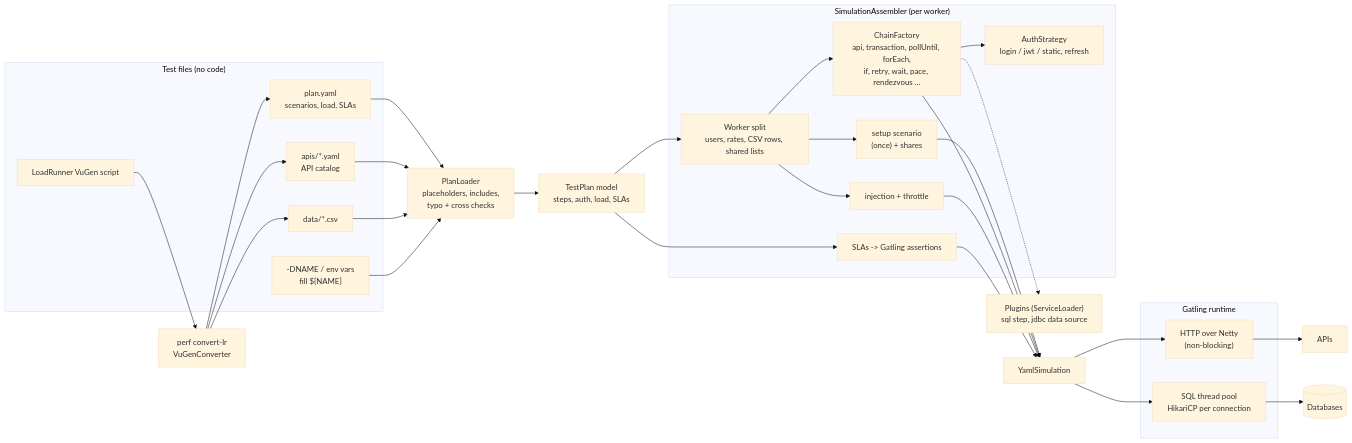
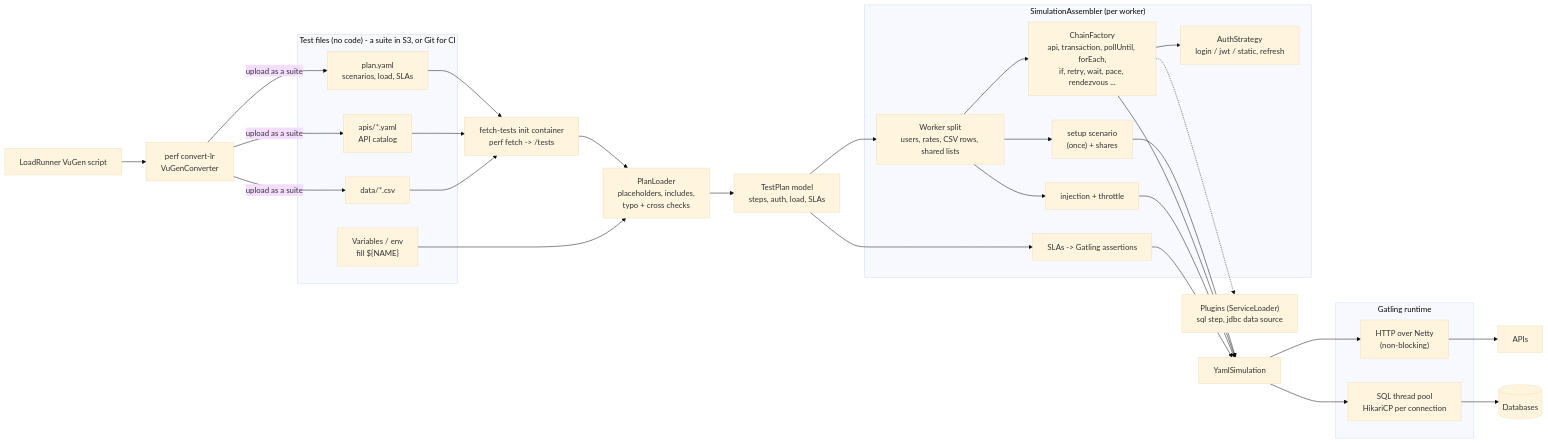
The diagram in docs/architecture/05-engine.mmd (codelabuk/labuk-gatling), drawn with Mermaid (base theme) before and after one commit. The commit also changed 15 other files, not shown here.

```diff
--- a/docs/architecture/05-engine.mmd
+++ b/docs/architecture/05-engine.mmd
@@ -1,42 +1,44 @@
 %% 5. Engine internals: from YAML to Gatling
 flowchart LR
-    subgraph inputs["Test files (no code)"]
+    subgraph inputs["Test files (no code) - a suite in S3, or Git for CI"]
         plan["plan.yaml<br/>scenarios, load, SLAs"]
         catalog["apis/*.yaml<br/>API catalog"]
         data["data/*.csv"]
-        env["-DNAME / env vars<br/>fill ${NAME}"]
-        vugen["LoadRunner VuGen script"]
+        env["Variables / env<br/>fill ${NAME}"]
     end
+    vugen["LoadRunner VuGen script"]
+    conv["perf convert-lr<br/>VuGenConverter"]
+    vugen --> conv -->|"upload as a suite"| plan & catalog & data
 
-    conv["perf convert-lr<br/>VuGenConverter"]
-    vugen --> conv --> plan & catalog & data
+    fetch["fetch-tests init container<br/>perf fetch -> /tests"]
+    plan & catalog & data --> fetch
 
     loader["PlanLoader<br/>placeholders, includes,<br/>typo + cross checks"]
     model["TestPlan model<br/>steps, auth, load, SLAs"]
-    plan & catalog & data & env --> loader --> model
+    fetch & env --> loader --> model
 
     subgraph assemble["SimulationAssembler (per worker)"]
         split["Worker split<br/>users, rates, CSV rows, shared lists"]
         setupscn["setup scenario<br/>(once) + shares"]
         chain["ChainFactory<br/>api, transaction, pollUntil, forEach,<br/>if, retry, wait, pace, rendezvous ..."]
         auth["AuthStrategy<br/>login / jwt / static, refresh"]
         inj["injection + throttle"]
         sla["SLAs -> Gatling assertions"]
     end
     plugins["Plugins (ServiceLoader)<br/>sql step, jdbc data source"]
 
     model --> split --> setupscn & chain & inj
     chain --> auth
     chain -.-> plugins
     model --> sla
 
     sim["YamlSimulation"]
     setupscn & chain & inj & sla --> sim
 
     subgraph runtime["Gatling runtime"]
         netty["HTTP over Netty<br/>(non-blocking)"]
         jdbc["SQL thread pool<br/>HikariCP per connection"]
     end
     sim --> netty & jdbc
     netty --> apis["APIs"]
     jdbc --> dbs[("Databases")]
```
